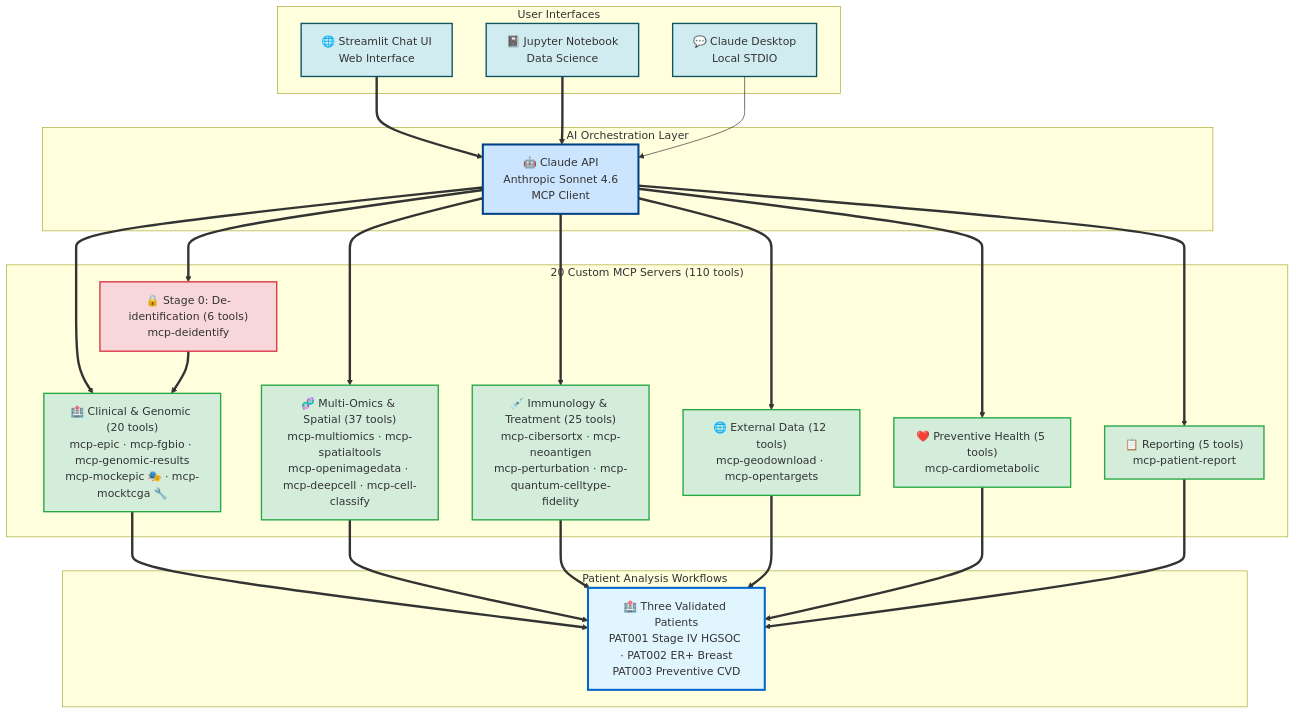
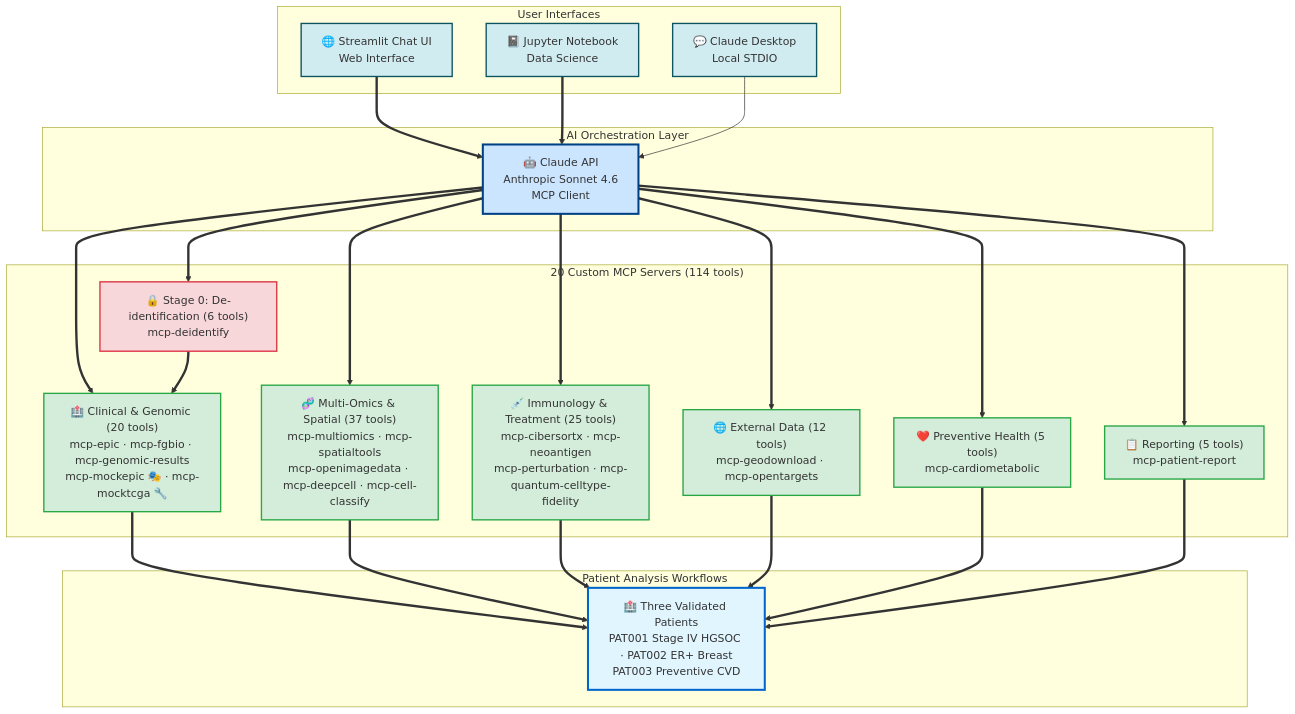
The second of 2 diagrams in docs/for-developers/README.md (lynnlangit/spatial-mcp), drawn with Mermaid before and after one commit. The commit also changed 4 other files, not shown here.

First line of the commit message:
Update tool count 110 → 114 across all docs and diagrams

````diff
--- a/docs/for-developers/README.md
+++ b/docs/for-developers/README.md
@@ -83,59 +83,59 @@
 ```mermaid
 graph TB
     subgraph "User Interfaces"
         STREAMLIT["🌐 Streamlit Chat UI<br/>Web Interface"]
         JUPYTER["📓 Jupyter Notebook<br/>Data Science"]
         DESKTOP["💬 Claude Desktop<br/>Local STDIO"]
     end
 
     subgraph "AI Orchestration Layer"
         API["🤖 Claude API<br/>Anthropic Sonnet 4.6<br/>MCP Client"]
     end
 
-    subgraph "20 Custom MCP Servers (110 tools)"
+    subgraph "20 Custom MCP Servers (114 tools)"
         STAGE0["🔒 Stage 0: De-identification (6 tools)<br/>mcp-deidentify"]
         CLINICAL["🏥 Clinical & Genomic (20 tools)<br/>mcp-epic · mcp-fgbio · mcp-genomic-results<br/>mcp-mockepic 🎭 · mcp-mocktcga 🔧"]
         OMICS["🧬 Multi-Omics & Spatial (37 tools)<br/>mcp-multiomics · mcp-spatialtools<br/>mcp-openimagedata · mcp-deepcell · mcp-cell-classify"]
         IMMUNO["💉 Immunology & Treatment (25 tools)<br/>mcp-cibersortx · mcp-neoantigen<br/>mcp-perturbation · mcp-quantum-celltype-fidelity"]
         EXTDATA["🌐 External Data (12 tools)<br/>mcp-geodownload · mcp-opentargets"]
         PREVENT["❤️ Preventive Health (5 tools)<br/>mcp-cardiometabolic"]
         REPORT["📋 Reporting (5 tools)<br/>mcp-patient-report"]
     end
 
     subgraph "Patient Analysis Workflows"
         PATIENT["🏥 Three Validated Patients<br/>PAT001 Stage IV HGSOC · PAT002 ER+ Breast<br/>PAT003 Preventive CVD"]
     end
 
     STREAMLIT ==> API
     JUPYTER ==> API
     DESKTOP --> API
 
     API ==> STAGE0
     API ==> CLINICAL
     API ==> OMICS
     API ==> IMMUNO
     API ==> EXTDATA
     API ==> PREVENT
     API ==> REPORT
 
     STAGE0 ==> CLINICAL
     CLINICAL ==> PATIENT
     OMICS ==> PATIENT
     IMMUNO ==> PATIENT
     EXTDATA ==> PATIENT
     PREVENT ==> PATIENT
     REPORT ==> PATIENT
 
     style STREAMLIT fill:#d1ecf1,stroke:#0c5460,stroke-width:2px
     style JUPYTER fill:#d1ecf1,stroke:#0c5460,stroke-width:2px
     style DESKTOP fill:#d1ecf1,stroke:#0c5460,stroke-width:2px
     style API fill:#cce5ff,stroke:#004085,stroke-width:3px
     style PATIENT fill:#e1f5ff,stroke:#0066cc,stroke-width:3px
     style STAGE0 fill:#f8d7da,stroke:#dc3545,stroke-width:2px
     style CLINICAL fill:#d4edda,stroke:#28a745,stroke-width:2px
     style OMICS fill:#d4edda,stroke:#28a745,stroke-width:2px
     style IMMUNO fill:#d4edda,stroke:#28a745,stroke-width:2px
     style EXTDATA fill:#d4edda,stroke:#28a745,stroke-width:2px
     style PREVENT fill:#d4edda,stroke:#28a745,stroke-width:2px
     style REPORT fill:#d4edda,stroke:#28a745,stroke-width:2px
 ```
````
